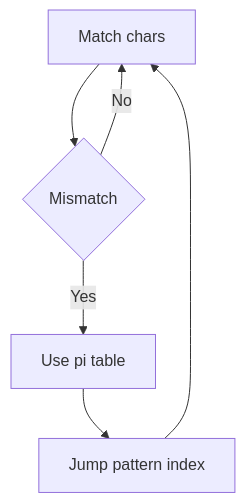
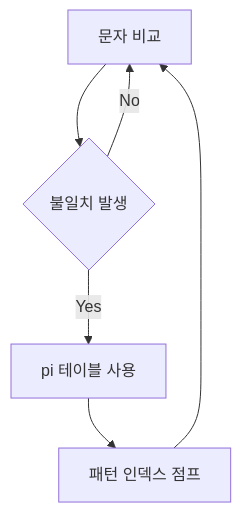
One commit to mandoobox/mandoobox.github.io changed the first of 2 diagrams in _posts/algorithm/2026-03-07-kmp.md. Above: the diagram before and after it, drawn with Mermaid. The commit also changed other lines of this file and 24 other files, not shown here.

Commit message:
feat: mermaid kr

````diff
--- a/_posts/algorithm/2026-03-07-kmp.md
+++ b/_posts/algorithm/2026-03-07-kmp.md
@@ -71,8 +71,8 @@
 ```mermaid
 flowchart TD
-    A["Match chars"] --> B{"Mismatch"}
+    A["문자 비교"] --> B{"불일치 발생"}
     B -->|No| A
-    B -->|Yes| C["Use pi table"]
-    C --> D["Jump pattern index"]
+    B -->|Yes| C["pi 테이블 사용"]
+    C --> D["패턴 인덱스 점프"]
     D --> A
 ```
````
